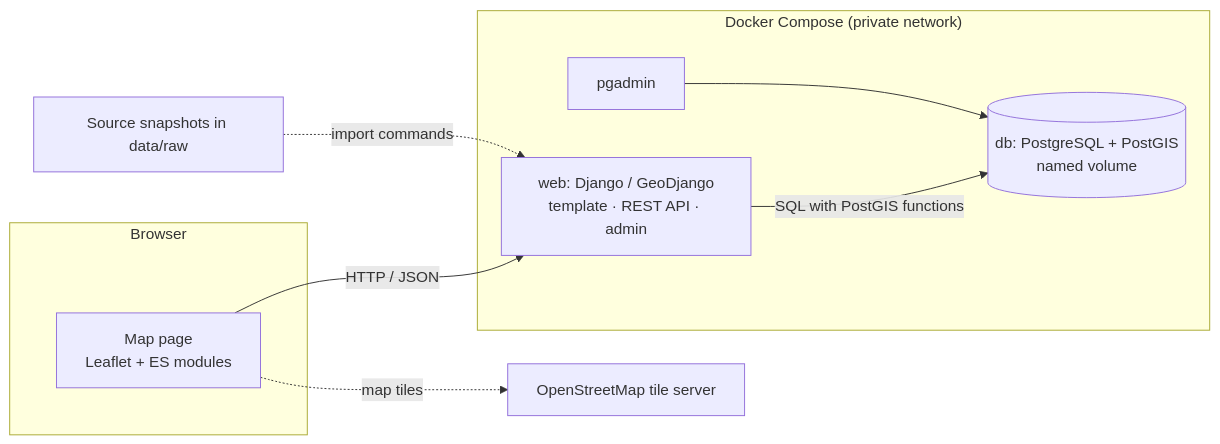
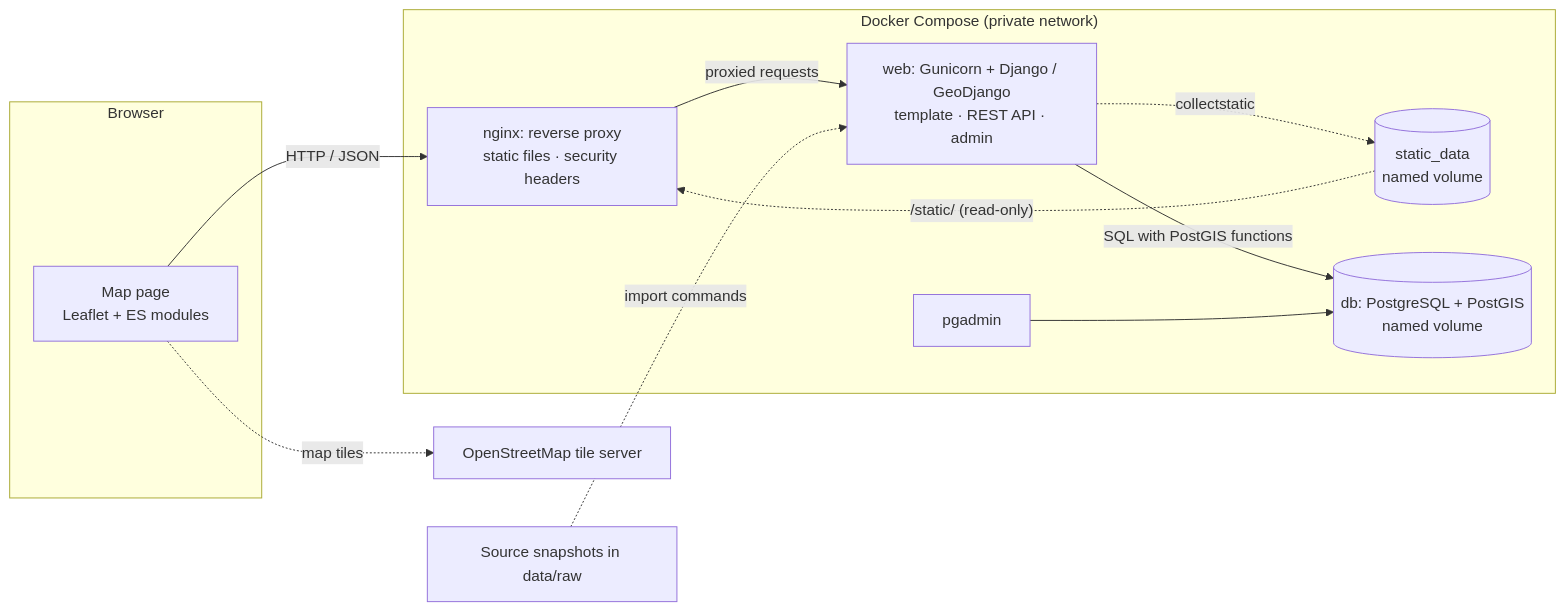
One commit to sayoowolabi/studysmart changed the diagram in README.md. Above: the diagram before and after it, drawn with Mermaid. The commit also changed other lines of this file and 13 other files, not shown here.

First line of the commit message:
feat: serve the site through Nginx and Gunicorn with DEBUG off

````diff
--- a/README.md
+++ b/README.md
@@ -77,16 +78,21 @@
 ```mermaid
 flowchart LR
     subgraph Browser
         UI["Map page<br/>Leaflet + ES modules"]
     end
     subgraph Docker["Docker Compose (private network)"]
-        Web["web: Django / GeoDjango<br/>template · REST API · admin"]
+        Nginx["nginx: reverse proxy<br/>static files · security headers"]
+        Web["web: Gunicorn + Django / GeoDjango<br/>template · REST API · admin"]
+        Static[("static_data<br/>named volume")]
         DB[("db: PostgreSQL + PostGIS<br/>named volume")]
         PGA["pgadmin"]
     end
-    UI -->|"HTTP / JSON"| Web
+    UI -->|"HTTP / JSON"| Nginx
+    Nginx -->|"proxied requests"| Web
+    Web -.->|"collectstatic"| Static
+    Static -.->|"/static/ (read-only)"| Nginx
     Web -->|"SQL with PostGIS functions"| DB
     PGA --> DB
     UI -.->|"map tiles"| OSM["OpenStreetMap tile server"]
     Snap["Source snapshots in data/raw"] -.->|"import commands"| Web
 ```
````
